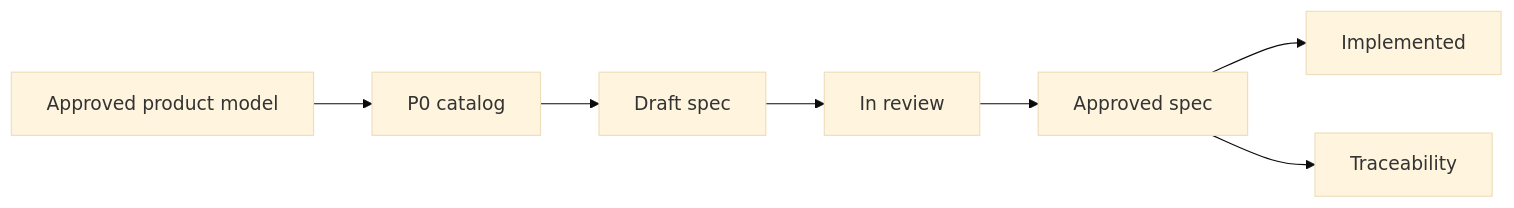
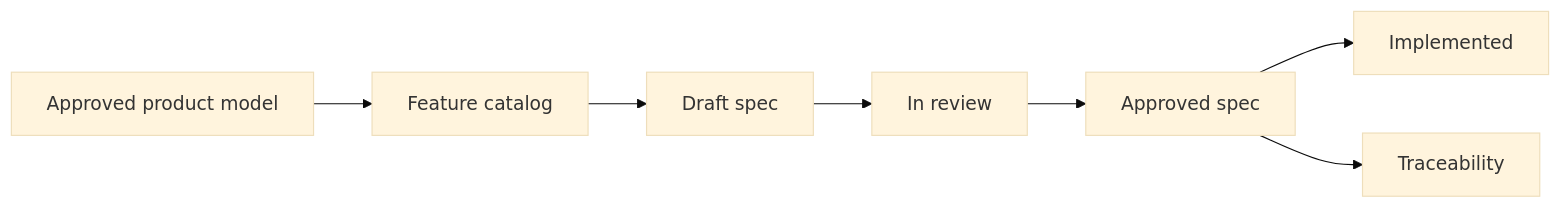
One commit to trannamtrung1st/flex-agent changed the diagram in docs/requirements/README.md. Above: the diagram before and after it, drawn with Mermaid (base theme). The commit also changed other lines of this file and 25 other files, not shown here.

First line of the commit message:
Add requirements feature catalog with 19 placeholder specs.

````diff
--- a/docs/requirements/README.md
+++ b/docs/requirements/README.md
@@ -13,9 +15,9 @@
 ```mermaid
 flowchart LR
-  productModel[Approved product model] --> catalog[P0 catalog]
+  productModel[Approved product model] --> catalog[Feature catalog]
   catalog --> draft[Draft spec]
   draft --> review[In review]
   review --> approved[Approved spec]
   approved --> implemented[Implemented]
   approved --> trace[Traceability]
 ```
````
